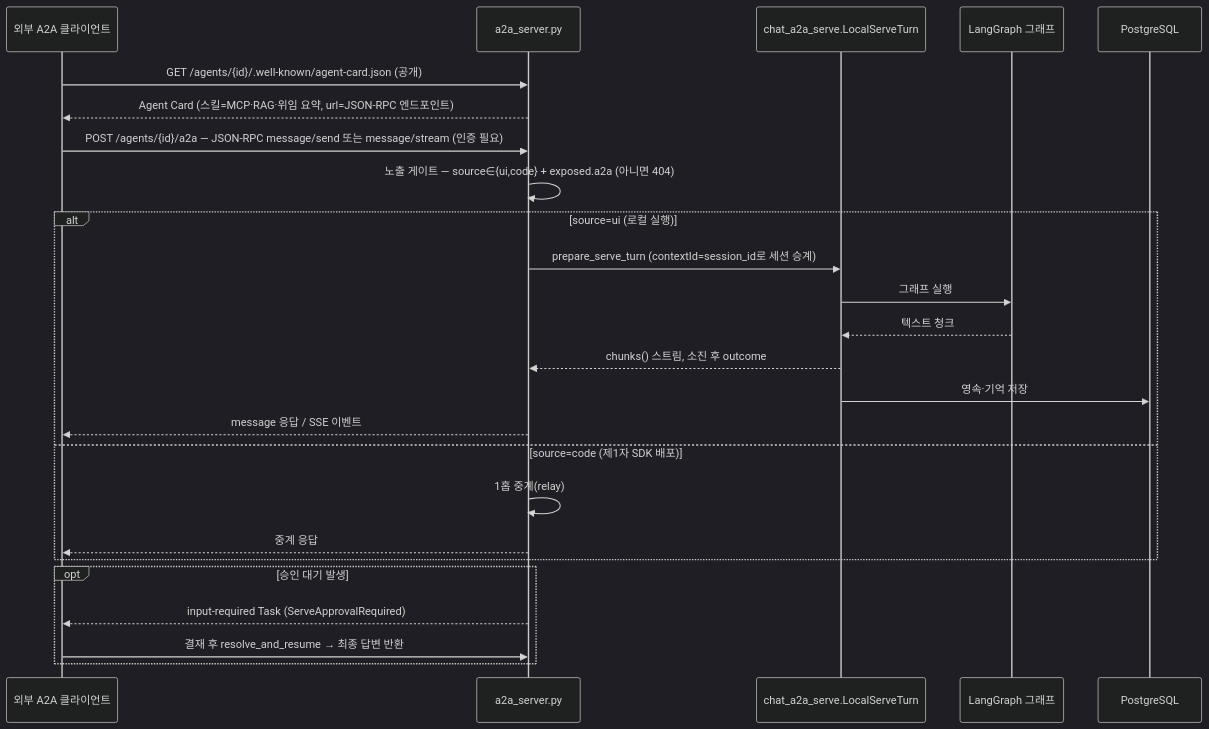
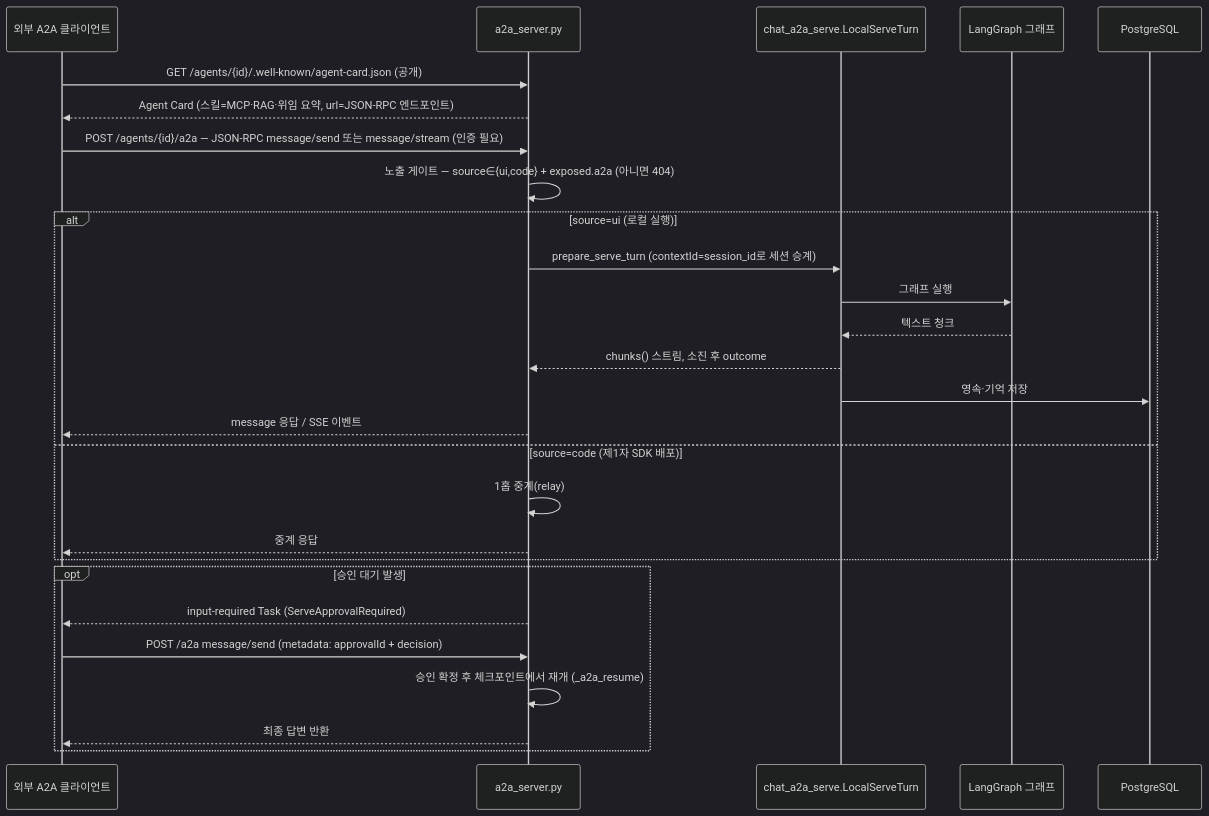
The fourth of 4 diagrams in docs/architecture.md (loveqoo/my-agents), drawn with Mermaid (dark theme) before and after one commit. The commit also changed other lines of this file and 3 other files, not shown here.

````diff
--- a/docs/architecture.md
+++ b/docs/architecture.md
@@ -188,28 +190,30 @@
 ```mermaid
 sequenceDiagram
     participant X as 외부 A2A 클라이언트
     participant AS as a2a_server.py
     participant ST as chat_a2a_serve.LocalServeTurn
     participant G as LangGraph 그래프
     participant DB as PostgreSQL
 
     X->>AS: GET /agents/{id}/.well-known/agent-card.json (공개)
     AS-->>X: Agent Card (스킬=MCP·RAG·위임 요약, url=JSON-RPC 엔드포인트)
     X->>AS: POST /agents/{id}/a2a — JSON-RPC message/send 또는 message/stream (인증 필요)
     AS->>AS: 노출 게이트 — source∈{ui,code} + exposed.a2a (아니면 404)
     alt source=ui (로컬 실행)
         AS->>ST: prepare_serve_turn (contextId=session_id로 세션 승계)
         ST->>G: 그래프 실행
         G-->>ST: 텍스트 청크
         ST-->>AS: chunks() 스트림, 소진 후 outcome
         ST->>DB: 영속·기억 저장
         AS-->>X: message 응답 / SSE 이벤트
     else source=code (제1자 SDK 배포)
         AS->>AS: 1홉 중계(relay)
         AS-->>X: 중계 응답
     end
     opt 승인 대기 발생
         AS-->>X: input-required Task (ServeApprovalRequired)
-        X->>AS: 결재 후 resolve_and_resume → 최종 답변 반환
+        X->>AS: POST /a2a message/send (metadata: approvalId + decision)
+        AS->>AS: 승인 확정 후 체크포인트에서 재개 (_a2a_resume)
+        AS-->>X: 최종 답변 반환
     end
 ```
````
